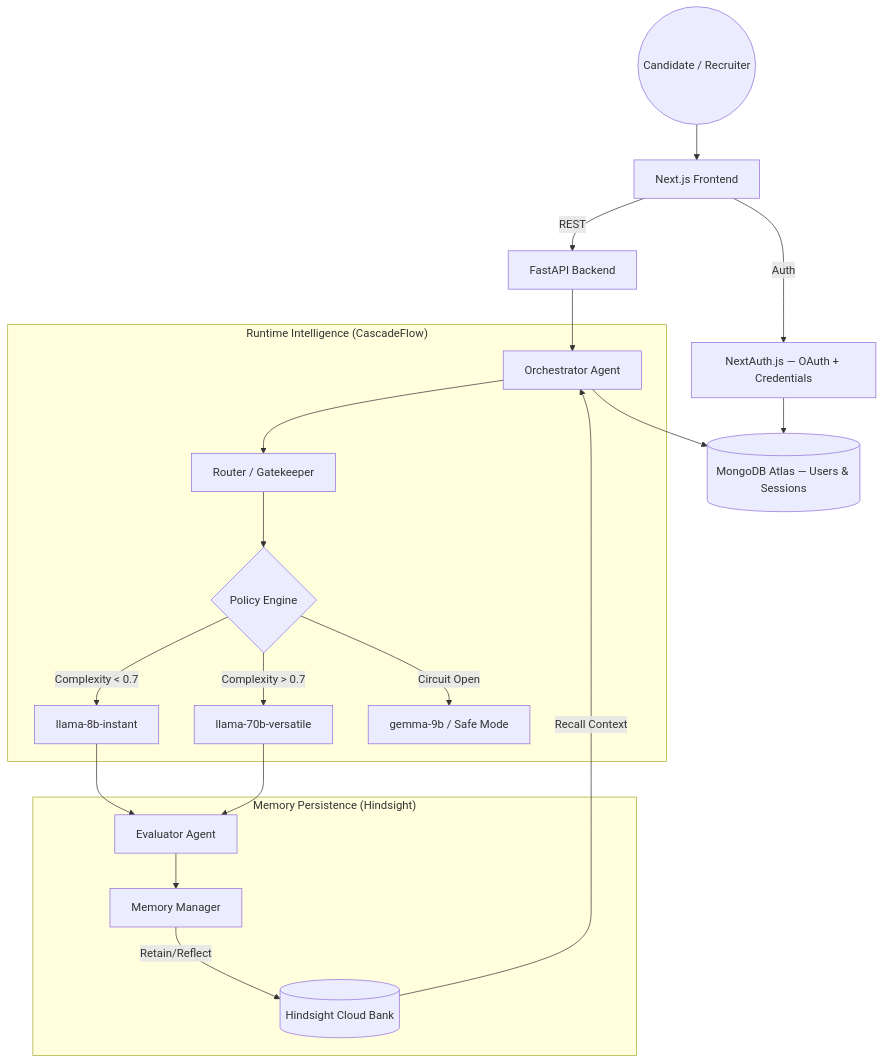
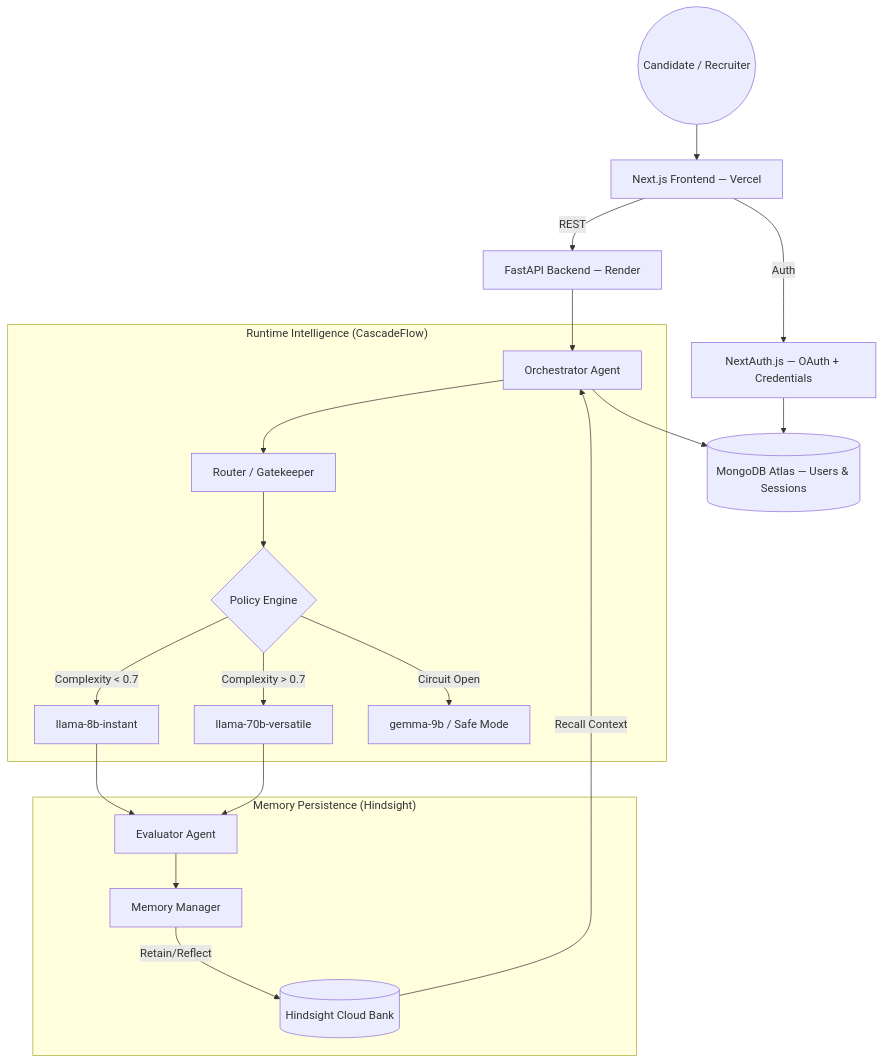
The diagram in README.md (console-log-life/Revela-AI), drawn with Mermaid before and after one commit. The commit also changed other lines of this file, not shown here.

````diff
--- a/README.md
+++ b/README.md
@@ -39,27 +51,27 @@
 ```mermaid
 graph TD
-  User((Candidate / Recruiter)) --> FE[Next.js Frontend]
-  FE -->|REST| API[FastAPI Backend]
+  User((Candidate / Recruiter)) --> FE[Next.js Frontend — Vercel]
+  FE -->|REST| API[FastAPI Backend — Render]
   FE -->|Auth| Auth[NextAuth.js — OAuth + Credentials]
   Auth --> Mongo[(MongoDB Atlas — Users & Sessions)]
 
   API --> Orchestrator[Orchestrator Agent]
 
   subgraph "Runtime Intelligence (CascadeFlow)"
     Orchestrator --> Router[Router / Gatekeeper]
     Router --> Policy{Policy Engine}
     Policy -- "Complexity < 0.7" --> Efficiency[llama-8b-instant]
     Policy -- "Complexity > 0.7" --> Performance[llama-70b-versatile]
     Policy -- "Circuit Open" --> Safety[gemma-9b / Safe Mode]
   end
 
   subgraph "Memory Persistence (Hindsight)"
     Efficiency --> Evaluator[Evaluator Agent]
     Performance --> Evaluator
     Evaluator --> Memory[Memory Manager]
     Memory -- "Retain/Reflect" --> HS[(Hindsight Cloud Bank)]
     HS -- "Recall Context" --> Orchestrator
   end
 
   Orchestrator --> Mongo
 ```
````
